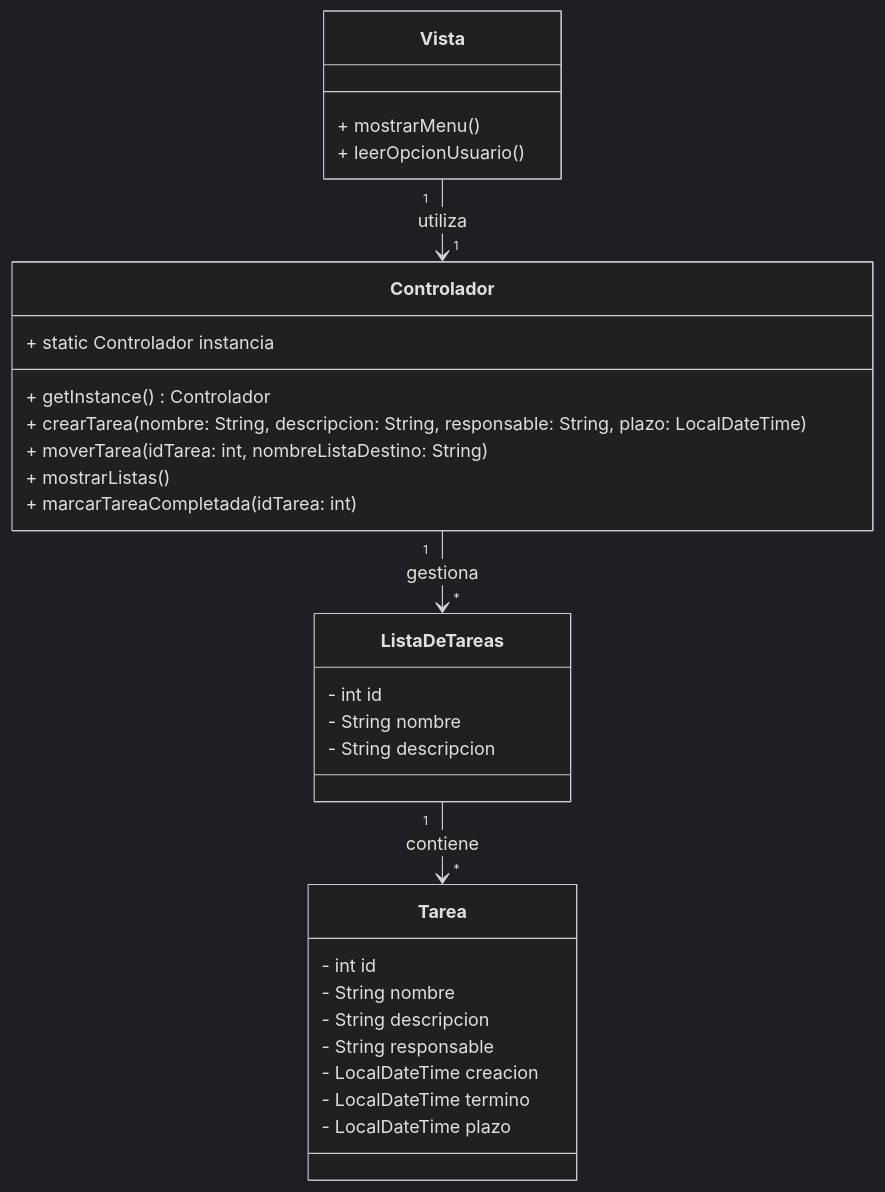
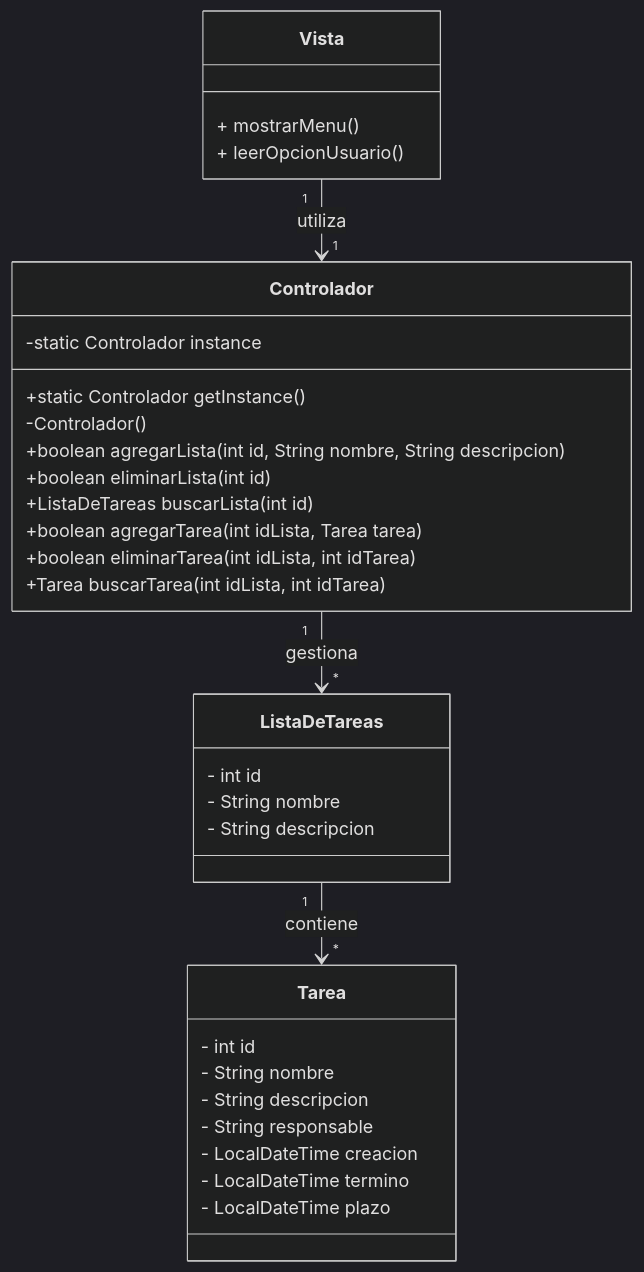
One commit to miguelubb/EjemplosPOO2024-UBB changed the diagram in src/ejemplos/mvc/kanban/descripcion.md. Above: the diagram before and after it, drawn with Mermaid (dark theme). The commit also changed other lines of this file and 6 other files, not shown here.

````diff
--- a/src/ejemplos/mvc/kanban/descripcion.md
+++ b/src/ejemplos/mvc/kanban/descripcion.md
@@ -85,37 +86,40 @@
 ```mermaid
 classDiagram
     class Tarea {
         - int id
         - String nombre
         - String descripcion
         - String responsable
         - LocalDateTime creacion
         - LocalDateTime termino
         - LocalDateTime plazo
     }
     
     class ListaDeTareas {
         - int id
         - String nombre
         - String descripcion
     }
-    
-    class Controlador {
-        + static Controlador instancia
-        + getInstance() Controlador
-        + crearTarea(nombre: String, descripcion: String, responsable: String, plazo: LocalDateTime)
-        + moverTarea(idTarea: int, nombreListaDestino: String)
-        + mostrarListas()
-        + marcarTareaCompletada(idTarea: int)
-    }
+
+   class Controlador {
+      -static Controlador instance
+      +static Controlador getInstance()
+      -Controlador()
+      +boolean agregarLista(int id, String nombre, String descripcion)
+      +boolean eliminarLista(int id)
+      +ListaDeTareas buscarLista(int id)
+      +boolean agregarTarea(int idLista, Tarea tarea)
+      +boolean eliminarTarea(int idLista, int idTarea)
+      +Tarea buscarTarea(int idLista, int idTarea)
+   }
     
     class Vista {
         + mostrarMenu()
         + leerOpcionUsuario()
     }
 
     ListaDeTareas "1" --> "*" Tarea : contiene
     Controlador "1" --> "*" ListaDeTareas : gestiona
     Vista "1" --> "1" Controlador : utiliza
 
 ```
````
